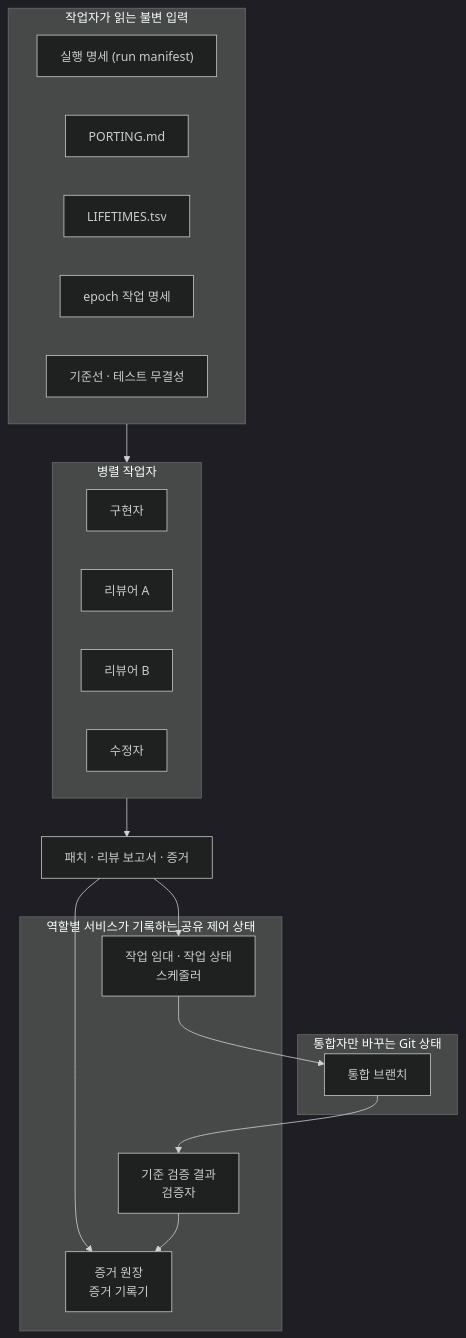
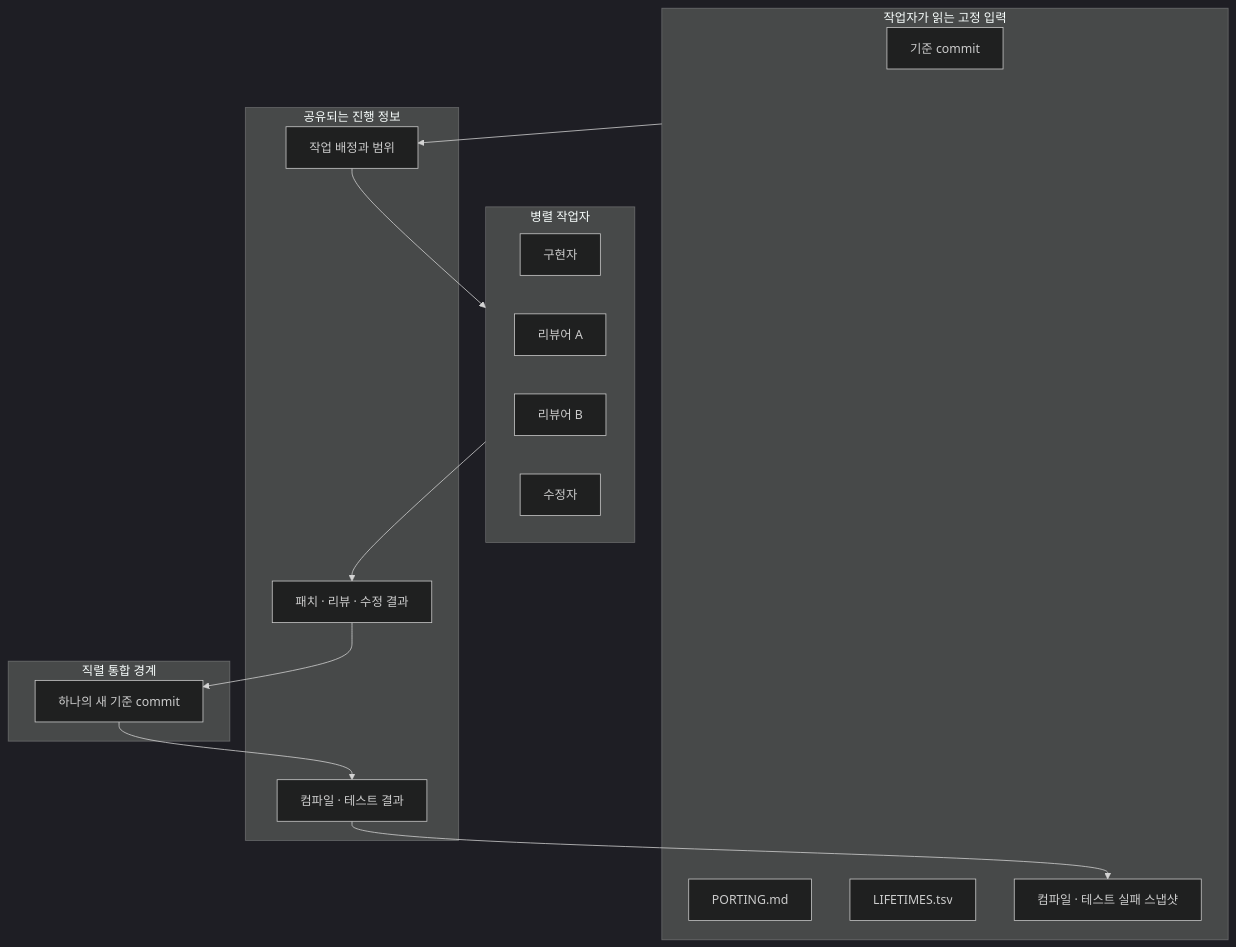
The sixth of 6 diagrams in bun-rust/00-diagram.md (kimchanhyung98/agentic-workflows), drawn with Mermaid (dark theme) before and after one commit. The commit also changed other lines of this file and 4 other files, not shown here.

````diff
--- a/bun-rust/00-diagram.md
+++ b/bun-rust/00-diagram.md
@@ -144,35 +135,33 @@
 ```mermaid
 flowchart TB
-    subgraph Immutable["작업자가 읽는 불변 입력"]
-        R["실행 명세 (run manifest)"]
+    subgraph Immutable["작업자가 읽는 고정 입력"]
+        R["기준 commit"]
         P["PORTING.md"]
         L["LIFETIMES.tsv"]
-        Q["epoch 작업 명세"]
-        B["기준선 · 테스트 무결성"]
+        Q["컴파일 · 테스트 실패 스냅샷"]
     end
 
     subgraph Worker["병렬 작업자"]
         W1["구현자"]
         W2["리뷰어 A"]
         W3["리뷰어 B"]
         W4["수정자"]
     end
 
-    subgraph Control["역할별 서비스가 기록하는 공유 제어 상태"]
-        S["작업 임대 · 작업 상태<br/>스케줄러"]
-        E["증거 원장<br/>증거 기록기"]
-        C["기준 검증 결과<br/>검증자"]
+    subgraph Shared["공유되는 진행 정보"]
+        S["작업 배정과 범위"]
+        E["패치 · 리뷰 · 수정 결과"]
+        C["컴파일 · 테스트 결과"]
     end
 
-    subgraph IntegratorOnly["통합자만 바꾸는 Git 상태"]
-        I["통합 브랜치"]
+    subgraph Integration["직렬 통합 경계"]
+        I["하나의 새 기준 commit"]
     end
 
-    Immutable --> Worker
-    Worker --> X["패치 · 리뷰 보고서 · 증거"]
-    X --> S
-    X --> E
-    S --> I
+    Immutable --> S
+    S --> Worker
+    Worker --> E
+    E --> I
     I --> C
-    C --> E
+    C --> Q
 ```
````
